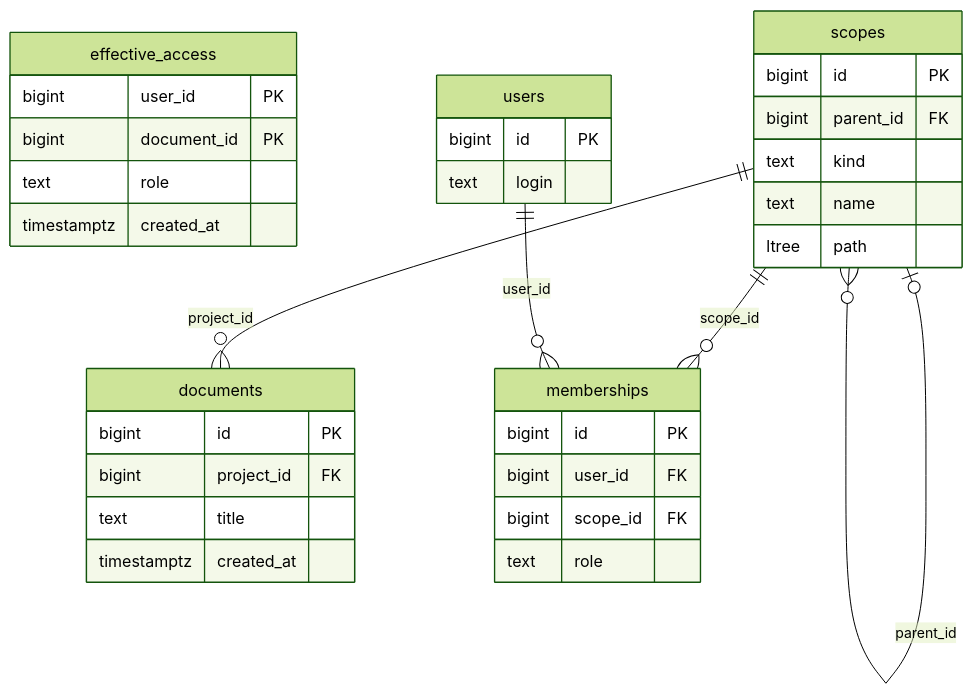
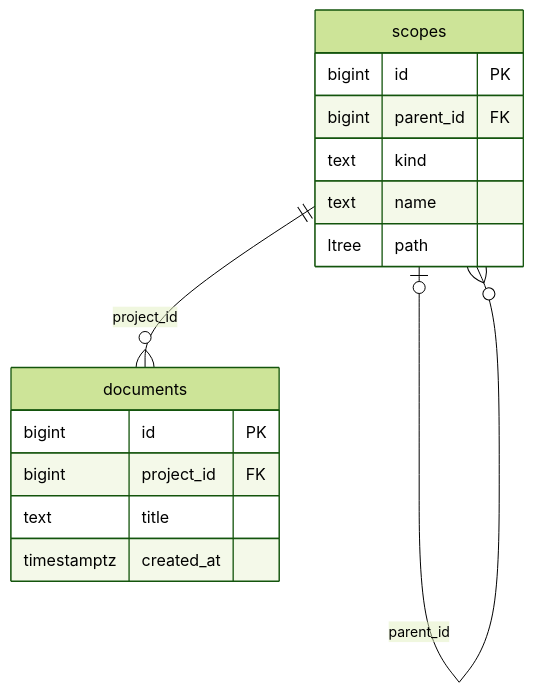
The seventh of 9 diagrams in ch12_permission/README.md (driftnode986/postgresql-db-design-samples), drawn with Mermaid (forest theme) before and after one commit. The commit also changed other lines of this file and 15 other files, not shown here.

First line of the commit message:
docs: 設計案の構成図を縦並びにし、幅の広い ER 図を分けて、GitHub で縮まない大きさにする

````diff
--- a/ch12_permission/README.md
+++ b/ch12_permission/README.md
@@ -142,36 +151,18 @@
 ```mermaid
 erDiagram
   documents {
     bigint id PK
     bigint project_id FK
     text title
     timestamptz created_at
   }
-  effective_access {
-    bigint user_id PK
-    bigint document_id PK
-    text role
-    timestamptz created_at
-  }
-  memberships {
-    bigint id PK
-    bigint user_id FK
-    bigint scope_id FK
-    text role
-  }
   scopes {
     bigint id PK
     bigint parent_id FK
     text kind
     text name
     ltree path
   }
-  users {
-    bigint id PK
-    text login
-  }
   scopes ||--o{ documents : "project_id"
-  scopes ||--o{ memberships : "scope_id"
-  users ||--o{ memberships : "user_id"
   scopes |o--o{ scopes : "parent_id"
 ```
````
